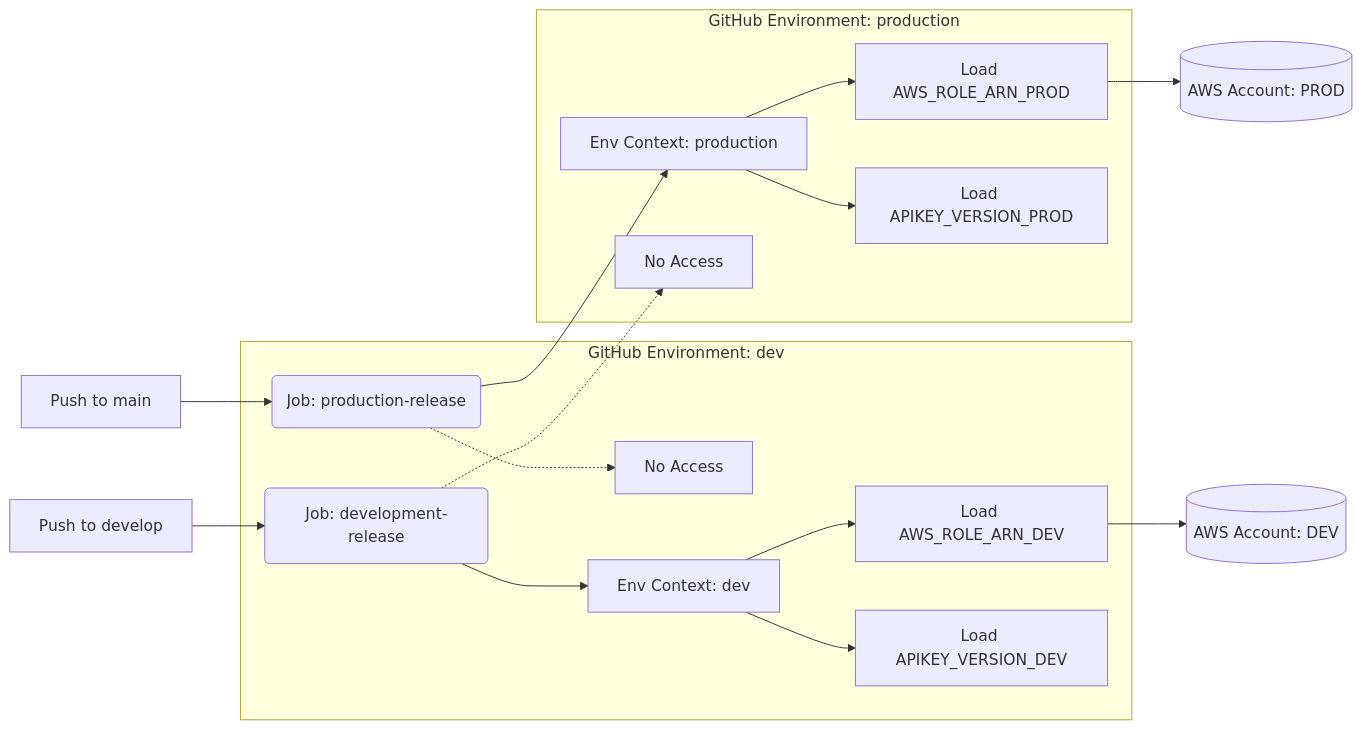
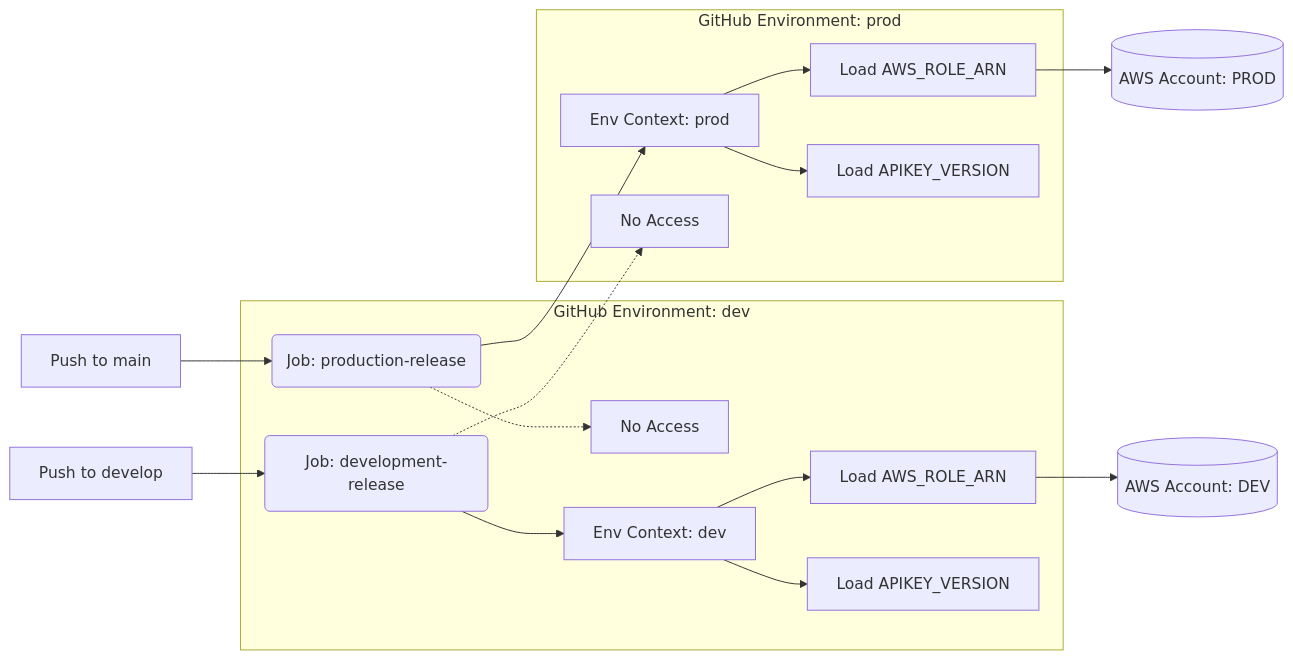
The diagram in CI-CD-PIPELINE.md (ksatriow/lab-apikey-jwt-oidc), drawn with Mermaid before and after one commit. The commit also changed other lines of this file and 2 other files, not shown here.

Commit message:
docs: finalize CI/CD documentation based on real environment variable names

````diff
--- a/CI-CD-PIPELINE.md
+++ b/CI-CD-PIPELINE.md
@@ -15,22 +15,22 @@
 ```mermaid
 graph LR
     A[Push to main] --> B(Job: production-release)
     C[Push to develop] --> D(Job: development-release)
     
     subgraph "GitHub Environment: dev"
     B -.-> B_NOT[No Access]
     D --> D_ENV[Env Context: dev]
-    D_ENV --> D_SEC[Load AWS_ROLE_ARN_DEV]
-    D_ENV --> D_VAR[Load APIKEY_VERSION_DEV]
+    D_ENV --> D_SEC[Load AWS_ROLE_ARN]
+    D_ENV --> D_VAR[Load APIKEY_VERSION]
     end
     
-    subgraph "GitHub Environment: production"
-    B --> B_ENV[Env Context: production]
-    B_ENV --> B_SEC[Load AWS_ROLE_ARN_PROD]
-    B_ENV --> B_VAR[Load APIKEY_VERSION_PROD]
+    subgraph "GitHub Environment: prod"
+    B --> B_ENV[Env Context: prod]
+    B_ENV --> B_SEC[Load AWS_ROLE_ARN]
+    B_ENV --> B_VAR[Load APIKEY_VERSION]
     D -.-> D_NOT[No Access]
     end
     
     D_SEC --> AWS_DEV[(AWS Account: DEV)]
     B_SEC --> AWS_PROD[(AWS Account: PROD)]
 ```
````
